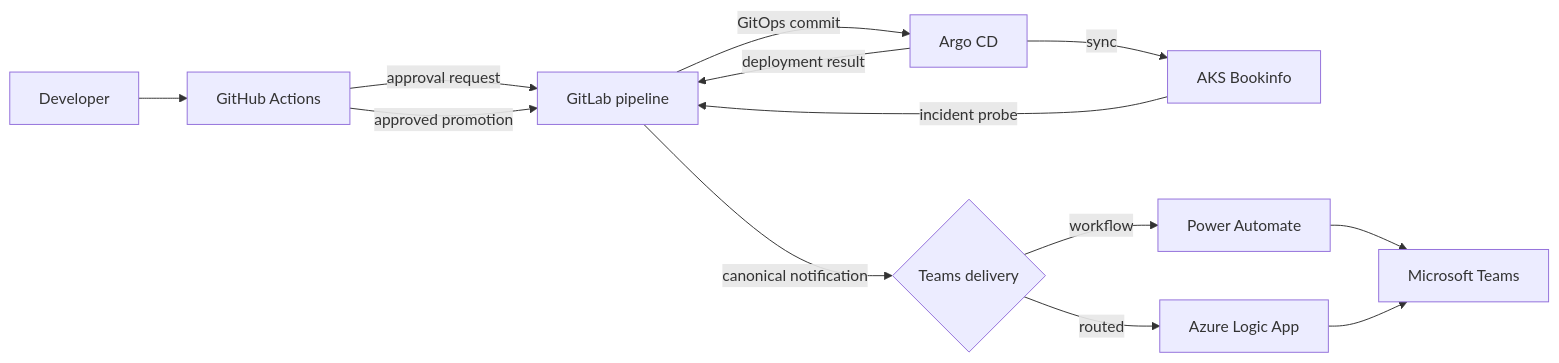
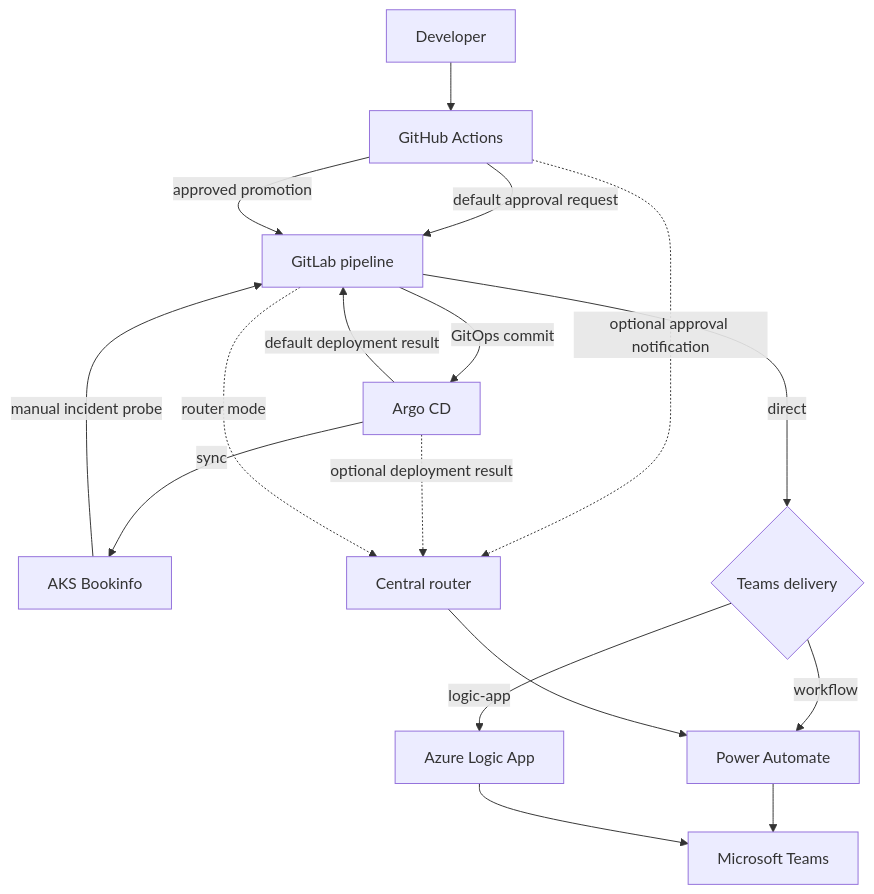
One commit to dotnetpower/pyhookkit changed the diagram in docs/integrated-bookinfo-scenario.md. Above: the diagram before and after it, drawn with Mermaid. The commit also changed other lines of this file and 33 other files, not shown here.

First line of the commit message:
feat: add Mermaid diagram rendering component

````diff
--- a/docs/integrated-bookinfo-scenario.md
+++ b/docs/integrated-bookinfo-scenario.md
@@ -15,15 +15,19 @@
 ```mermaid
-flowchart LR
+flowchart TB
     developer[Developer] --> github[GitHub Actions]
-    github -->|approval request| gitlab[GitLab pipeline]
+    github -->|default approval request| gitlab[GitLab pipeline]
     github -->|approved promotion| gitlab
     gitlab -->|GitOps commit| argocd[Argo CD]
     argocd -->|sync| aks[AKS Bookinfo]
-    argocd -->|deployment result| gitlab
-    aks -->|incident probe| gitlab
-    gitlab -->|canonical notification| delivery{Teams delivery}
+    argocd -->|default deployment result| gitlab
+    aks -->|manual incident probe| gitlab
+    gitlab -->|direct| delivery{Teams delivery}
     delivery -->|workflow| power[Power Automate]
-    delivery -->|routed| logic[Azure Logic App]
+    delivery -->|logic-app| logic[Azure Logic App]
+    github -.->|optional approval notification| router[Central router]
+    argocd -.->|optional deployment result| router
+    gitlab -.->|router mode| router
+    router --> power
     power --> teams[Microsoft Teams]
     logic --> teams
 ```
````
